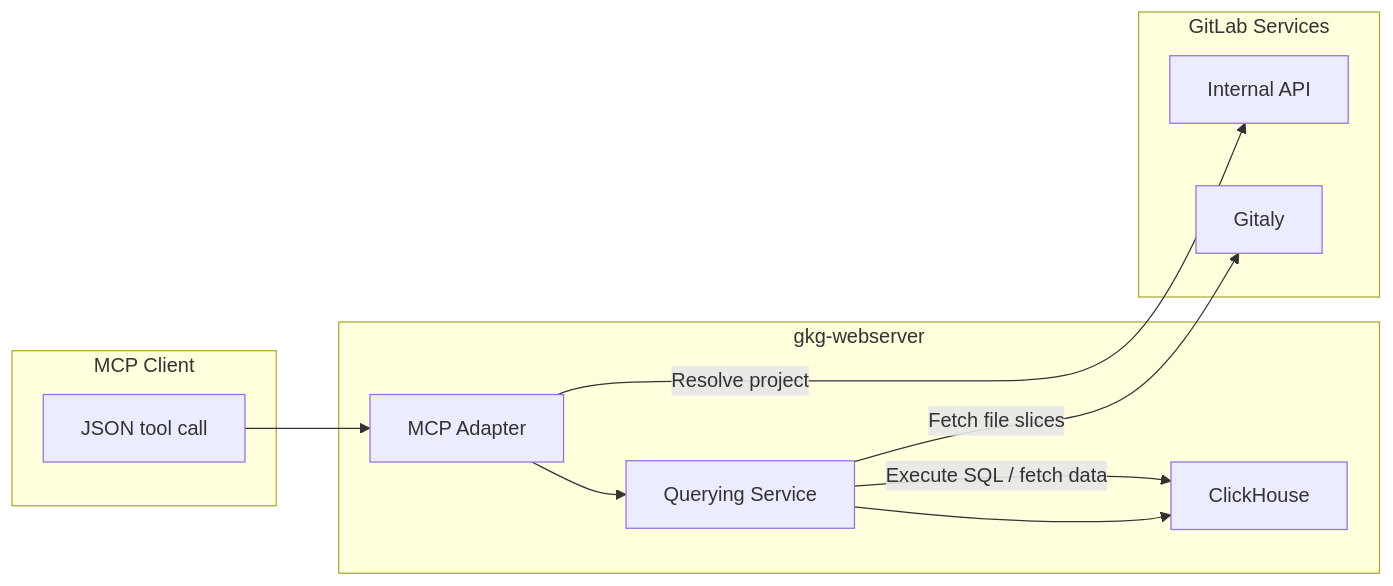
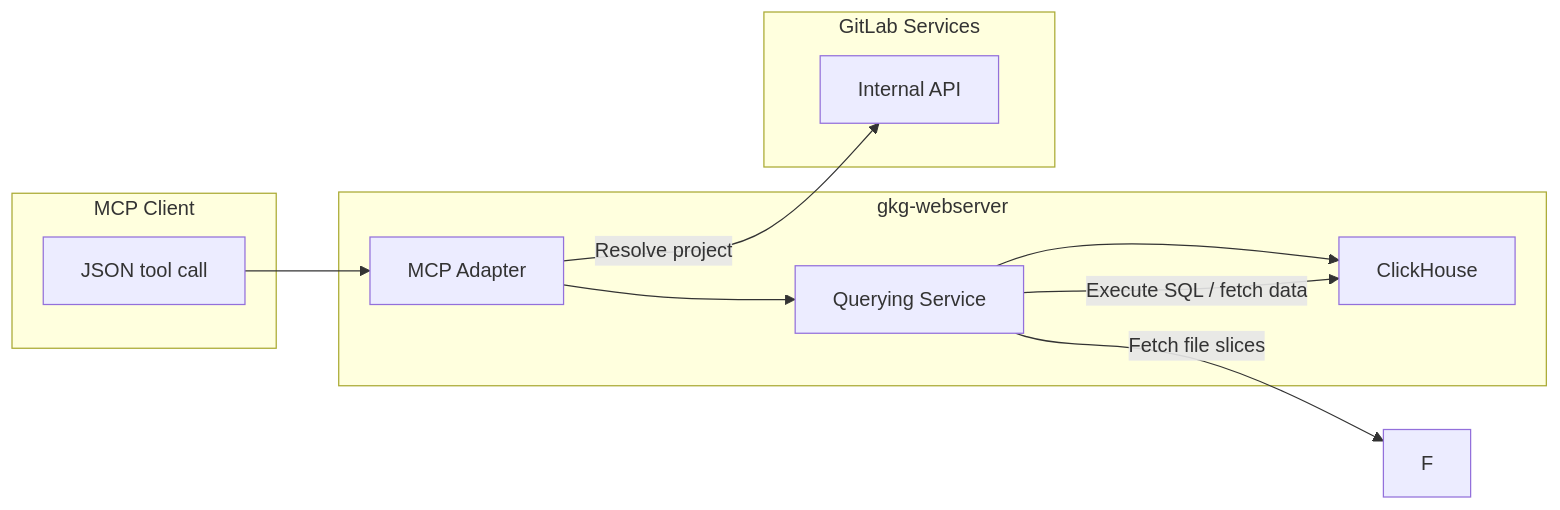
The diagram in docs/design-documents/querying/README.md (gitlabhq/orbit-knowledge-graph), drawn with Mermaid before and after one commit. The commit also changed other lines of this file and 12 other files, not shown here.

````diff
--- a/docs/design-documents/querying/README.md
+++ b/docs/design-documents/querying/README.md
@@ -41,23 +41,22 @@
 ```mermaid
 flowchart LR
     subgraph MCP Client
         A[JSON tool call]
     end
 
     subgraph gkg-webserver
         B[MCP Adapter]
         C[Querying Service]
         D[ClickHouse]
     end
 
     subgraph GitLab Services
         E[Internal API]
-        F[Gitaly]
     end
 
     A --> B --> C
     C --> D
     C -->|Execute SQL / fetch data| D
     C -->|Fetch file slices| F
     B -->|Resolve project| E
 ```
````
